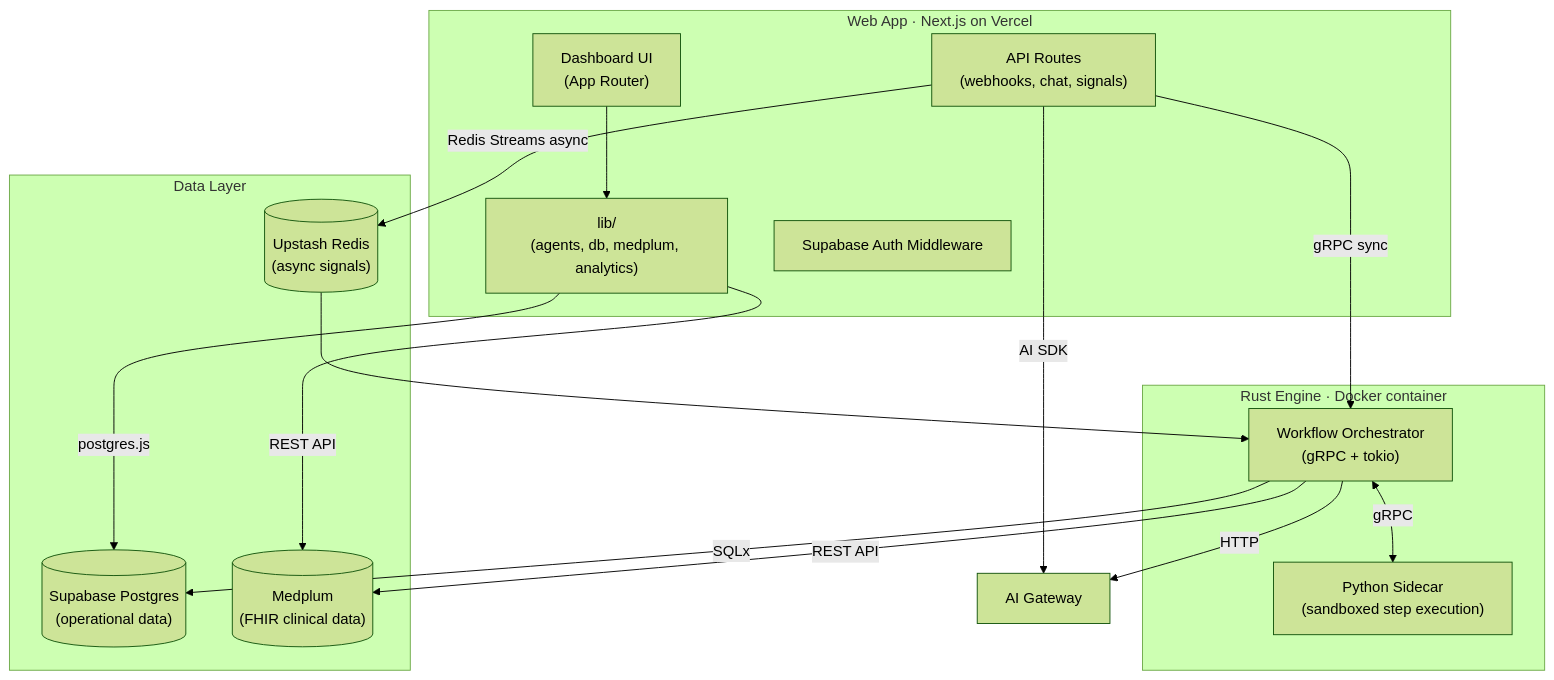
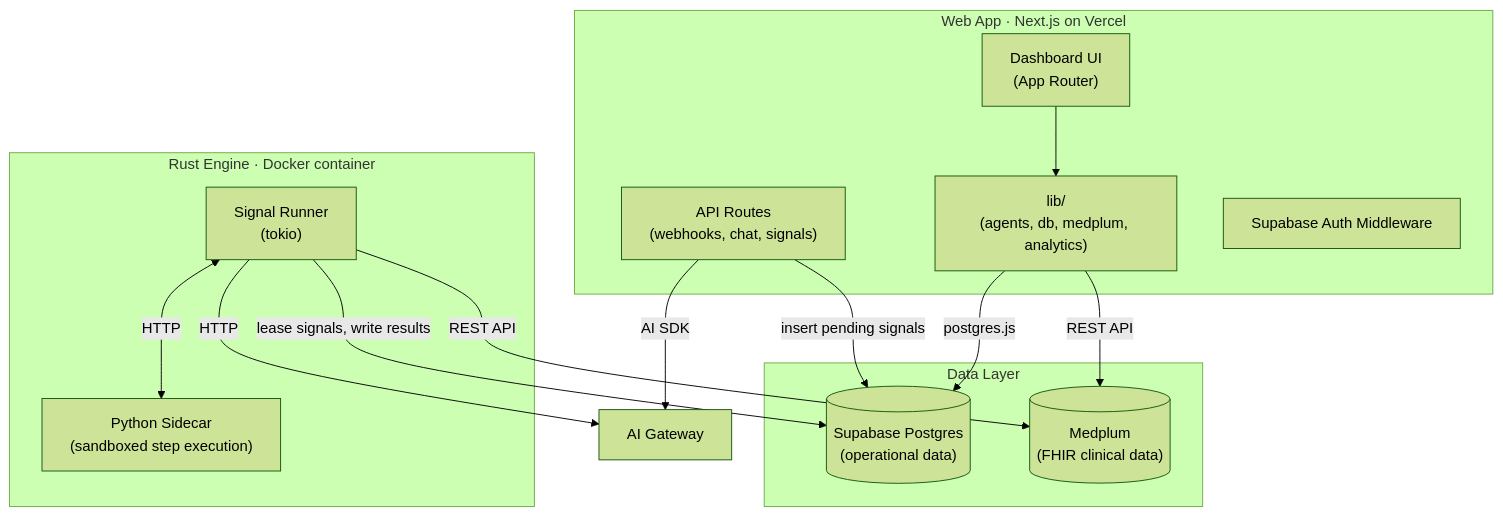
One commit to Stoa-Medical/Portico changed the diagram in README.md. Above: the diagram before and after it, drawn with Mermaid (forest theme). The commit also changed other lines of this file and 4 other files, not shown here.

````diff
--- a/README.md
+++ b/README.md
@@ -11,32 +11,29 @@
 ```mermaid
 graph TB
     subgraph "Web App · Next.js on Vercel"
         UI["Dashboard UI<br/>(App Router)"]
         API["API Routes<br/>(webhooks, chat, signals)"]
         LIB["lib/<br/>(agents, db, medplum, analytics)"]
         MW["Supabase Auth Middleware"]
     end
 
     subgraph "Rust Engine · Docker container"
-        ENG["Workflow Orchestrator<br/>(gRPC + tokio)"]
+        ENG["Signal Runner<br/>(tokio)"]
         PY["Python Sidecar<br/>(sandboxed step execution)"]
-        ENG <-->|gRPC| PY
+        ENG <-->|HTTP| PY
     end
 
     subgraph "Data Layer"
         SUPA[("Supabase Postgres<br/>(operational data)")]
         MED[("Medplum<br/>(FHIR clinical data)")]
-        REDIS[("Upstash Redis<br/>(async signals)")]
     end
 
     UI --> LIB
-    API -->|gRPC sync| ENG
-    API -->|Redis Streams async| REDIS
-    REDIS --> ENG
-    ENG -->|SQLx| SUPA
+    API -->|insert pending signals| SUPA
+    ENG -->|lease signals, write results| SUPA
     ENG -->|REST API| MED
     LIB -->|postgres.js| SUPA
     LIB -->|REST API| MED
     ENG -->|HTTP| AIGW["AI Gateway"]
     API -->|AI SDK| AIGW
 ```
````
